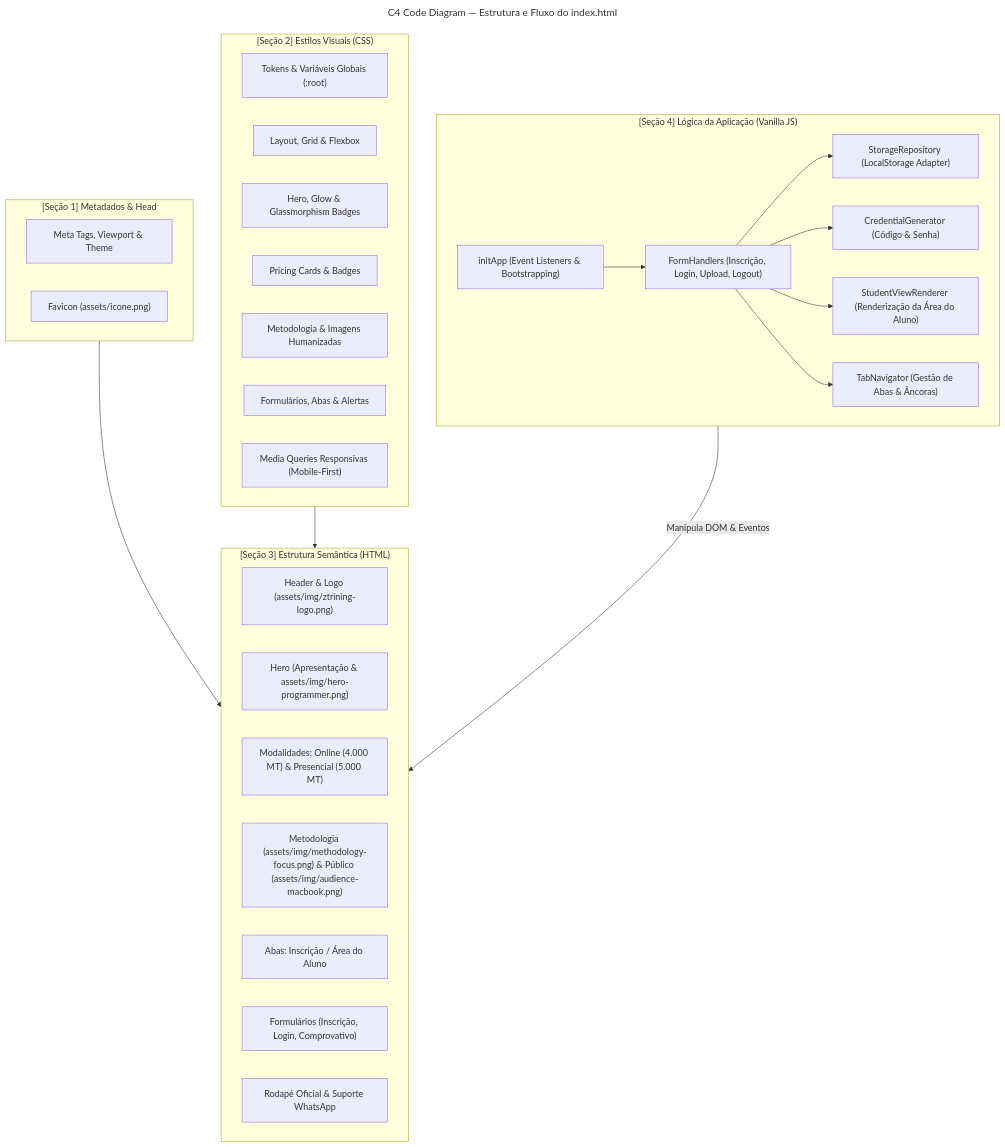
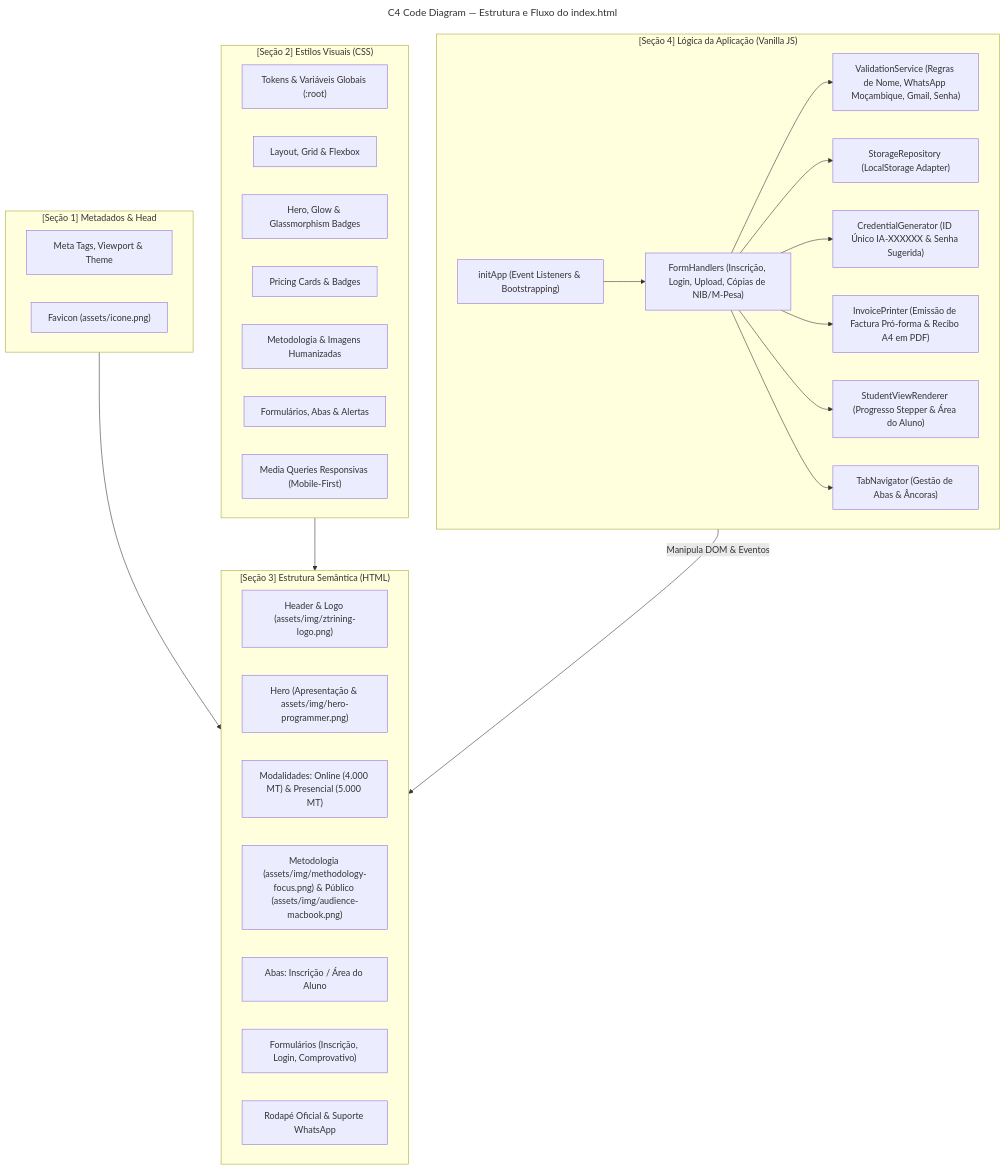
The diagram in README.md (iradoweck/inscricao-ia-curso), drawn with Mermaid before and after one commit. The commit also changed other lines of this file and 2 other files, not shown here.

Commit message:
feat: streamline registration flow and enhance official a4 invoice layout

````diff
--- a/README.md
+++ b/README.md
@@ -19,48 +19,52 @@
 ```mermaid
 ---
 title: C4 Code Diagram — Estrutura e Fluxo do index.html
 ---
 flowchart TB
     subgraph S1["[Seção 1] Metadados & Head"]
         Meta["Meta Tags, Viewport & Theme"]
         Favicon["Favicon (assets/icone.png)"]
     end
 
     subgraph S2["[Seção 2] Estilos Visuais (CSS)"]
         Tokens["Tokens & Variáveis Globais (:root)"]
         Layout["Layout, Grid & Flexbox"]
         HeroStyle["Hero, Glow & Glassmorphism Badges"]
         PricingStyle["Pricing Cards & Badges"]
         StoryStyle["Metodologia & Imagens Humanizadas"]
         FormStyle["Formulários, Abas & Alertas"]
         MediaQ["Media Queries Responsivas (Mobile-First)"]
     end
 
     subgraph S3["[Seção 3] Estrutura Semântica (HTML)"]
         Header["Header & Logo (assets/img/ztrining-logo.png)"]
         HeroHTML["Hero (Apresentação & assets/img/hero-programmer.png)"]
         PricingHTML["Modalidades: Online (4.000 MT) & Presencial (5.000 MT)"]
         StoryHTML["Metodologia (assets/img/methodology-focus.png) & Público (assets/img/audience-macbook.png)"]
         TabsHTML["Abas: Inscrição / Área do Aluno"]
         FormsHTML["Formulários (Inscrição, Login, Comprovativo)"]
         Footer["Rodapé Oficial & Suporte WhatsApp"]
     end
 
     subgraph S4["[Seção 4] Lógica da Aplicação (Vanilla JS)"]
+        Validation["ValidationService (Regras de Nome, WhatsApp Moçambique, Gmail, Senha)"]
+        Creds["CredentialGenerator (ID Único IA-XXXXXX & Senha Sugerida)"]
         Repo["StorageRepository (LocalStorage Adapter)"]
-        Creds["CredentialGenerator (Código & Senha)"]
+        Printer["InvoicePrinter (Emissão de Factura Pró-forma & Recibo A4 em PDF)"]
         Navigator["TabNavigator (Gestão de Abas & Âncoras)"]
-        Renderer["StudentViewRenderer (Renderização da Área do Aluno)"]
-        Handlers["FormHandlers (Inscrição, Login, Upload, Logout)"]
+        Renderer["StudentViewRenderer (Progresso Stepper & Área do Aluno)"]
+        Handlers["FormHandlers (Inscrição, Login, Upload, Cópias de NIB/M-Pesa)"]
         AppInit["initApp (Event Listeners & Bootstrapping)"]
     end
 
     S1 --> S3
     S2 --> S3
     S4 -->|Manipula DOM & Eventos| S3
+    Handlers --> Validation
     Handlers --> Repo
     Handlers --> Creds
+    Handlers --> Printer
     Handlers --> Renderer
     Handlers --> Navigator
     AppInit --> Handlers
 ```
````
